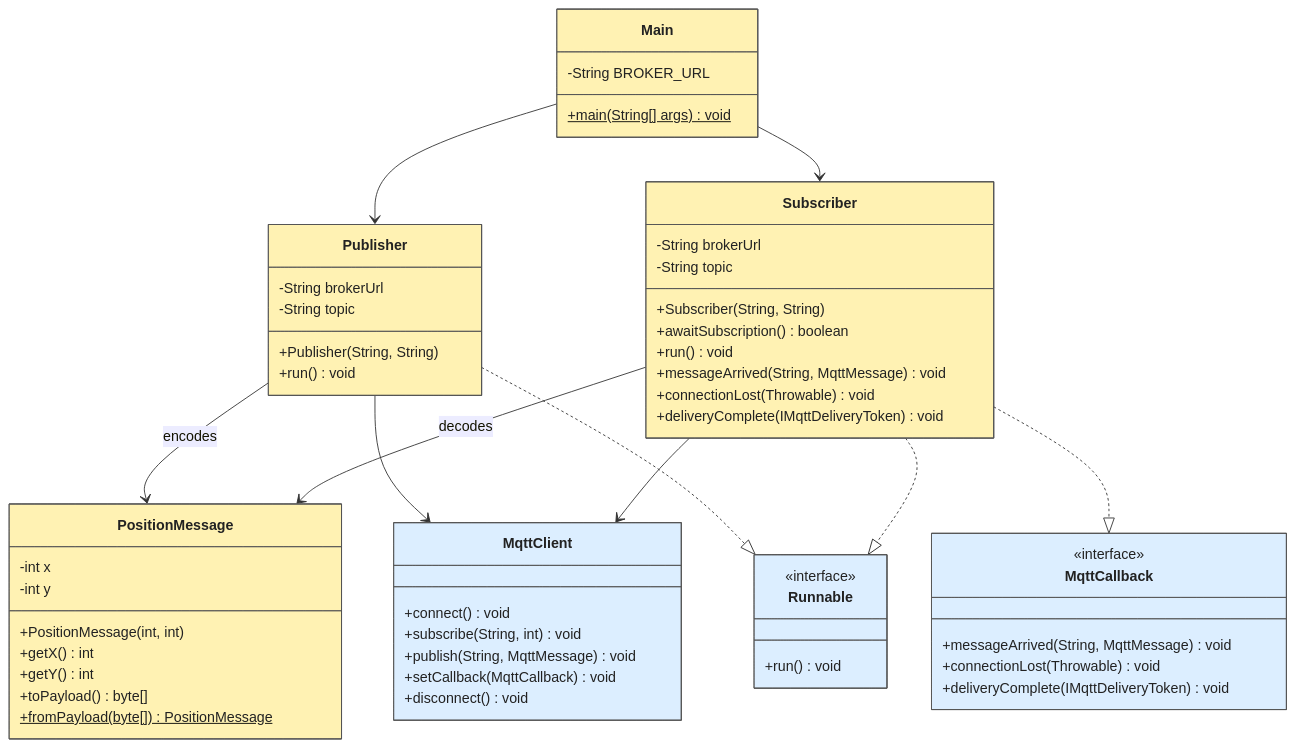
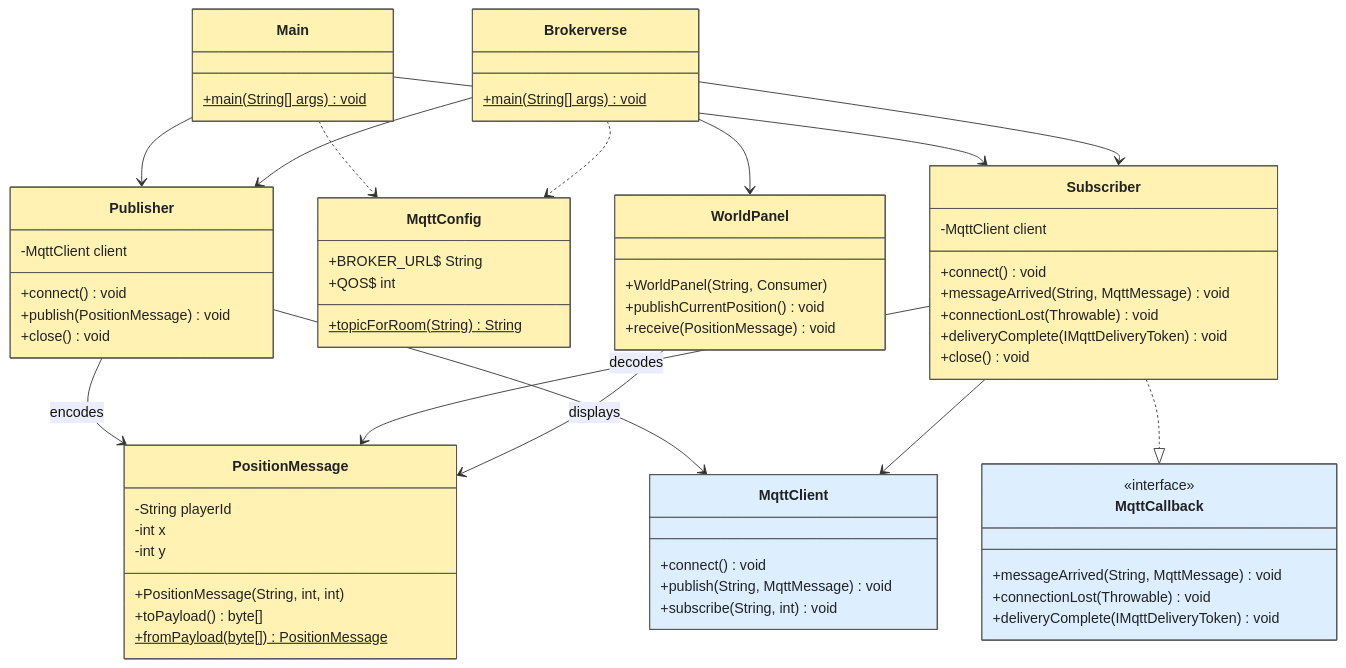
One commit to csc-3100/cloud-mqtt-fundamentals changed the diagram in DIAGRAM.md. Above: the diagram before and after it, drawn with Mermaid. The commit also changed other lines of this file and 13 other files, not shown here.

Commit message:
Unify console and Brokerverse GUI on shared MQTT position messages

````diff
--- a/DIAGRAM.md
+++ b/DIAGRAM.md
@@ -3,69 +5,77 @@
 ```mermaid
 classDiagram
     direction TB
-
     class Main {
-        -String BROKER_URL
         +main(String[] args)$ void
     }
+    class Brokerverse {
+        +main(String[] args)$ void
+    }
+    class WorldPanel {
+        +WorldPanel(String, Consumer)
+        +publishCurrentPosition() void
+        +receive(PositionMessage) void
+    }
+    class MqttConfig {
+        +BROKER_URL$ String
+        +QOS$ int
+        +topicForRoom(String)$ String
+    }
+    class PositionMessage {
+        -String playerId
+        -int x
+        -int y
+        +PositionMessage(String, int, int)
+        +toPayload() byte[]
+        +fromPayload(byte[])$ PositionMessage
+    }
     class Publisher {
-        -String brokerUrl
-        -String topic
-        +Publisher(String, String)
-        +run() void
+        -MqttClient client
+        +connect() void
+        +publish(PositionMessage) void
+        +close() void
     }
     class Subscriber {
-        -String brokerUrl
-        -String topic
-        +Subscriber(String, String)
-        +awaitSubscription() boolean
-        +run() void
+        -MqttClient client
+        +connect() void
         +messageArrived(String, MqttMessage) void
         +connectionLost(Throwable) void
         +deliveryComplete(IMqttDeliveryToken) void
-    }
-    class PositionMessage {
-        -int x
-        -int y
-        +PositionMessage(int, int)
-        +getX() int
-        +getY() int
-        +toPayload() byte[]
-        +fromPayload(byte[])$ PositionMessage
-    }
-    class Runnable {
-        <<interface>>
-        +run() void
+        +close() void
     }
     class MqttCallback {
         <<interface>>
         +messageArrived(String, MqttMessage) void
         +connectionLost(Throwable) void
         +deliveryComplete(IMqttDeliveryToken) void
     }
     class MqttClient {
         +connect() void
+        +publish(String, MqttMessage) void
         +subscribe(String, int) void
-        +publish(String, MqttMessage) void
-        +setCallback(MqttCallback) void
-        +disconnect() void
     }
 
     Main --> Publisher
     Main --> Subscriber
+    Brokerverse --> Publisher
+    Brokerverse --> Subscriber
+    Brokerverse --> WorldPanel
     Publisher --> PositionMessage : encodes
     Subscriber --> PositionMessage : decodes
+    WorldPanel --> PositionMessage : displays
     Publisher --> MqttClient
     Subscriber --> MqttClient
-    Publisher ..|> Runnable
-    Subscriber ..|> Runnable
     Subscriber ..|> MqttCallback
+    Main ..> MqttConfig
+    Brokerverse ..> MqttConfig
 
     style Main fill:#FFF2B3,stroke:#555555,color:#222222
+    style Brokerverse fill:#FFF2B3,stroke:#555555,color:#222222
+    style WorldPanel fill:#FFF2B3,stroke:#555555,color:#222222
     style Publisher fill:#FFF2B3,stroke:#555555,color:#222222
     style Subscriber fill:#FFF2B3,stroke:#555555,color:#222222
     style PositionMessage fill:#FFF2B3,stroke:#555555,color:#222222
-    style Runnable fill:#DCEEFF,stroke:#555555,color:#222222
+    style MqttConfig fill:#FFF2B3,stroke:#555555,color:#222222
     style MqttCallback fill:#DCEEFF,stroke:#555555,color:#222222
     style MqttClient fill:#DCEEFF,stroke:#555555,color:#222222
 ```
````
